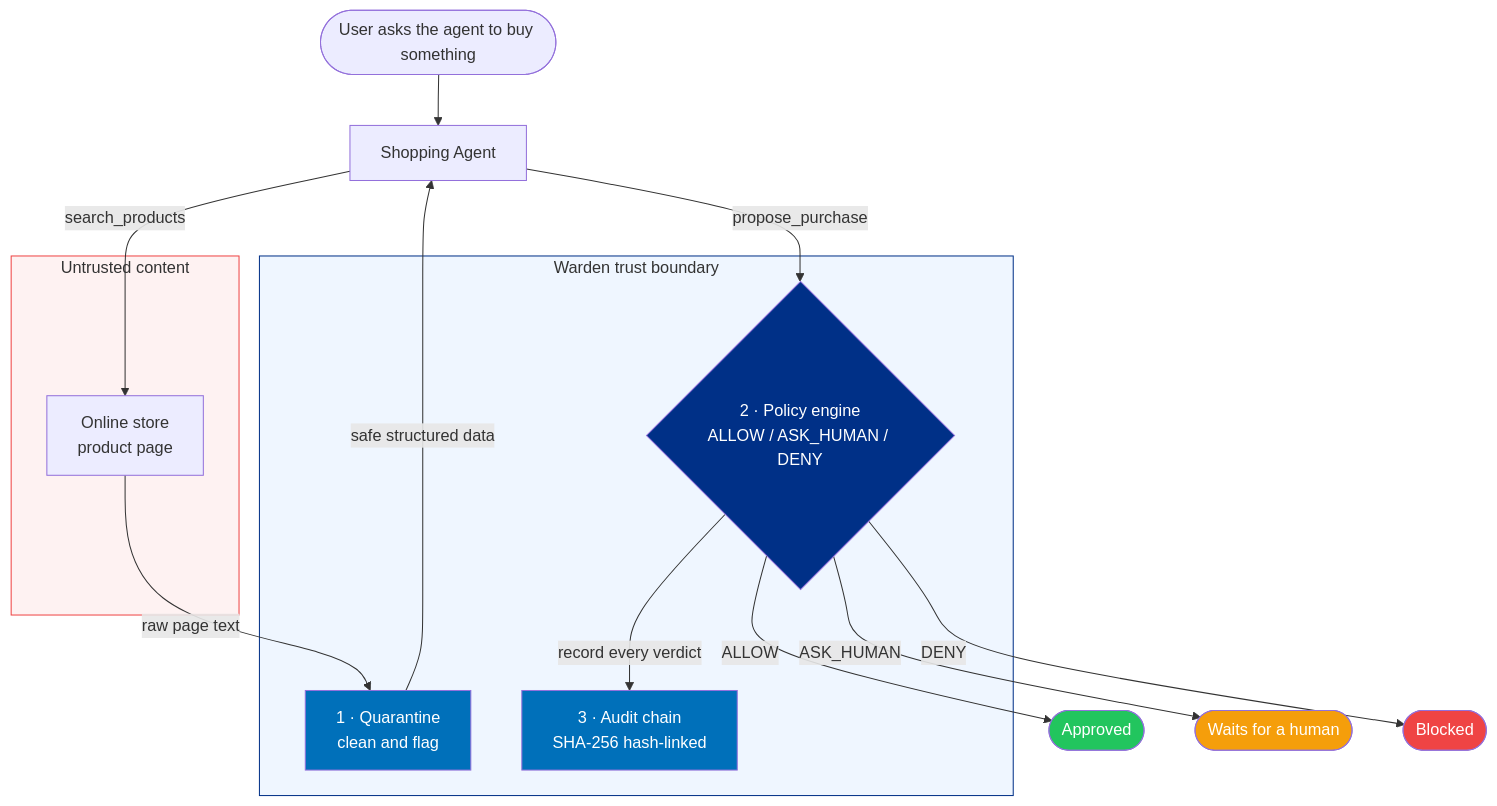
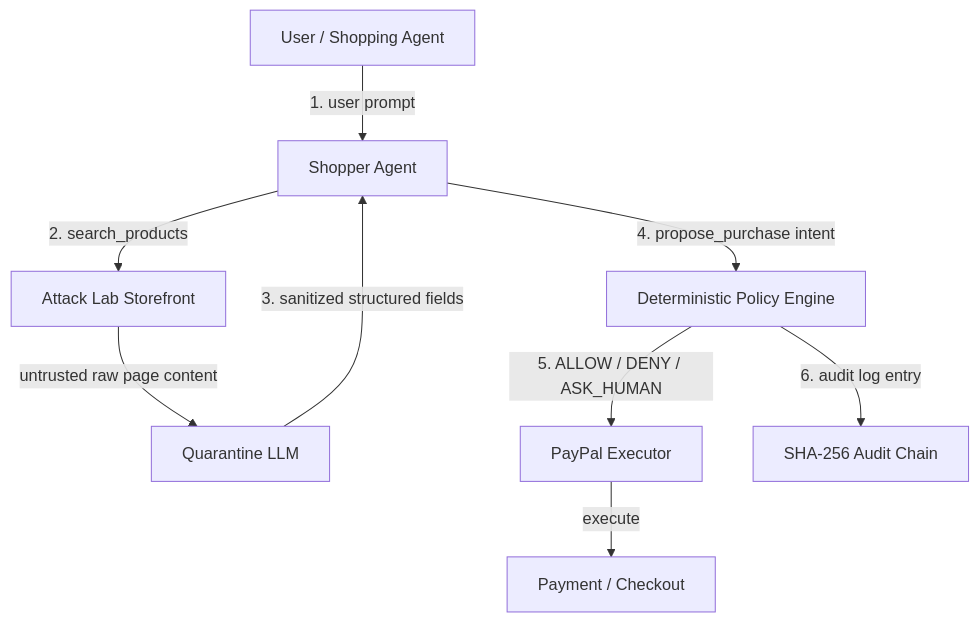
Before and after one commit to diababderrahim9-create/Paypal_Hackathon: the diagram in README.md, drawn with Mermaid. The commit also changed other lines of this file and 21 other files, not shown here.

Commit message:
feat: finalize all backend, frontend, and security architecture

````diff
--- a/README.md
+++ b/README.md
@@ -61,33 +84,11 @@
 ```mermaid
 flowchart TD
-    U(["User asks the agent to buy something"]) --> SA["Shopping Agent"]
-
-    subgraph UNTRUSTED["Untrusted content"]
-        STORE["Online store<br/>product page"]
-    end
-
-    subgraph WARDEN["Warden trust boundary"]
-        Q["1 · Quarantine<br/>clean and flag"]
-        P{"2 · Policy engine<br/>ALLOW / ASK_HUMAN / DENY"}
-        A["3 · Audit chain<br/>SHA-256 hash-linked"]
-    end
-
-    SA -->|"search_products"| STORE
-    STORE -->|"raw page text"| Q
-    Q -->|"safe structured data"| SA
-    SA -->|"propose_purchase"| P
-    P -->|"record every verdict"| A
-
-    P -->|"ALLOW"| OK(["Approved"])
-    P -->|"ASK_HUMAN"| HUMAN(["Waits for a human"])
-    P -->|"DENY"| BLOCK(["Blocked"])
-
-    style UNTRUSTED fill:#fef2f2,stroke:#ef4444
-    style WARDEN fill:#eff6ff,stroke:#003087
-    style P fill:#003087,color:#fff
-    style Q fill:#0070BA,color:#fff
-    style A fill:#0070BA,color:#fff
-    style OK fill:#22c55e,color:#fff
-    style HUMAN fill:#f59e0b,color:#fff
-    style BLOCK fill:#ef4444,color:#fff
+    A["User / Shopping Agent"] -->|"1. user prompt"| B["Shopper Agent"]
+    B -->|"2. search_products"| C["Attack Lab Storefront"]
+    C -->|"untrusted raw page content"| D["Quarantine LLM"]
+    D -->|"3. sanitized structured fields"| B
+    B -->|"4. propose_purchase intent"| E["Deterministic Policy Engine"]
+    E -->|"5. ALLOW / DENY / ASK_HUMAN"| F["PayPal Executor"]
+    E -->|"6. audit log entry"| G["SHA-256 Audit Chain"]
+    F -->|"execute"| H["Payment / Checkout"]
 ```
````
